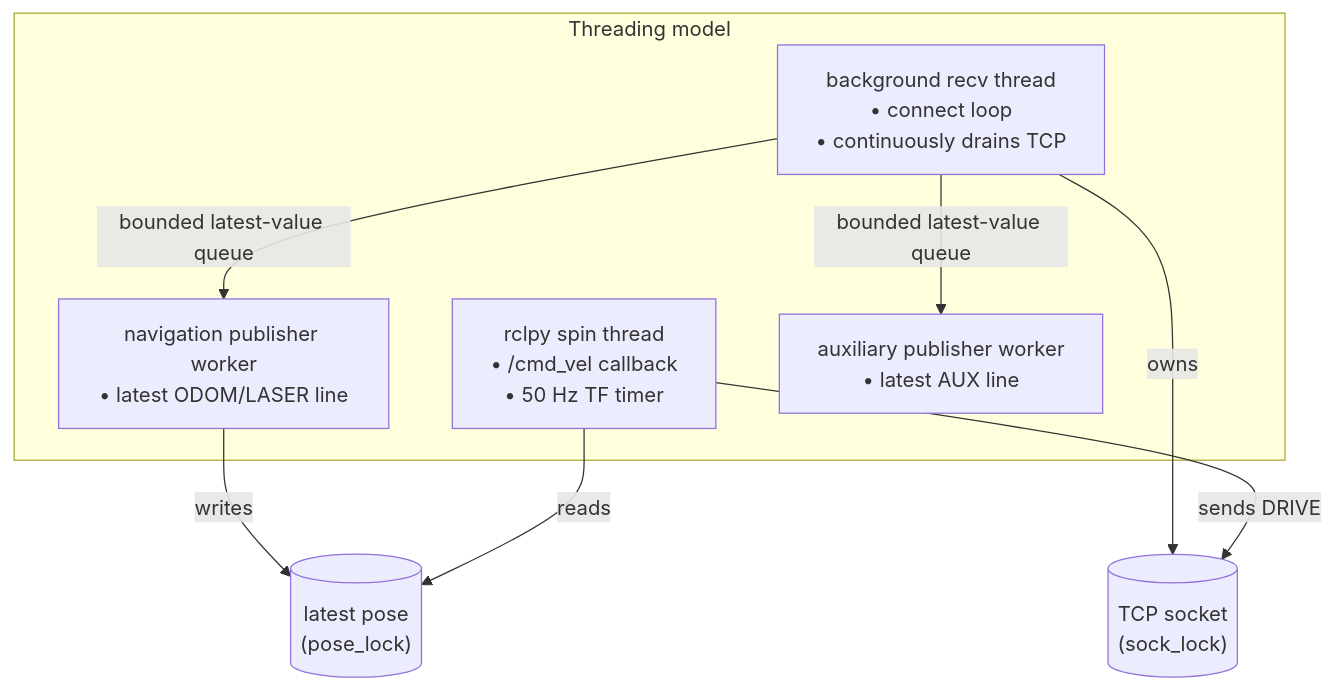
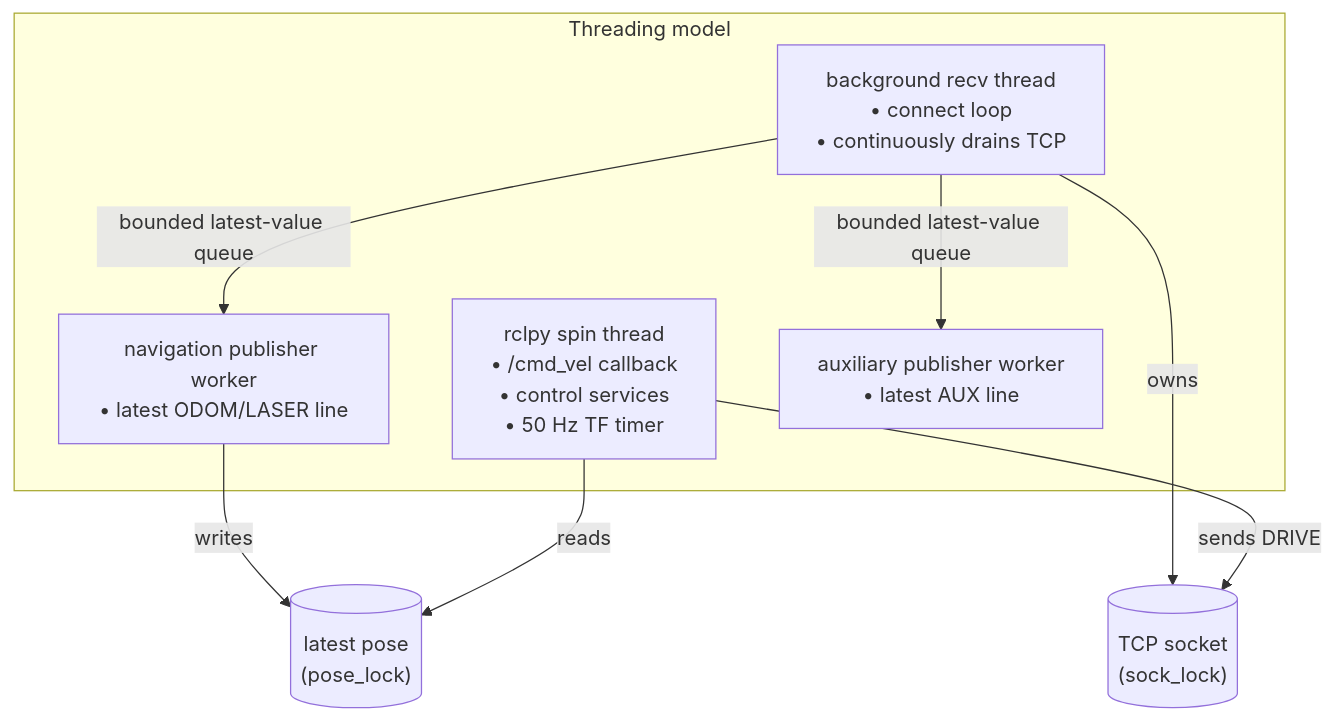
The diagram in docs/packages/patrolbot_bridge.md (cmu-impactlab/patrolbot), drawn with Mermaid before and after one commit. The commit also changed other lines of this file and 38 other files, not shown here.

````diff
--- a/docs/packages/patrolbot_bridge.md
+++ b/docs/packages/patrolbot_bridge.md
@@ -46,18 +50,18 @@
 ```mermaid
 flowchart TB
     subgraph THREADS["Threading model"]
-        SPIN["rclpy spin thread\n• /cmd_vel callback\n• 50 Hz TF timer"]
+        SPIN["rclpy spin thread\n• /cmd_vel callback\n• control services\n• 50 Hz TF timer"]
         RECV["background recv thread\n• connect loop\n• continuously drains TCP"]
         NAV["navigation publisher worker\n• latest ODOM/LASER line"]
         AUX["auxiliary publisher worker\n• latest AUX line"]
     end
     SOCK[("TCP socket\n(sock_lock)")]
     POSE[("latest pose\n(pose_lock)")]
 
     RECV -->|bounded latest-value queue| NAV
     RECV -->|bounded latest-value queue| AUX
     NAV -->|writes| POSE
     SPIN -->|reads| POSE
     RECV -->|owns| SOCK
     SPIN -->|sends DRIVE| SOCK
 ```
````
